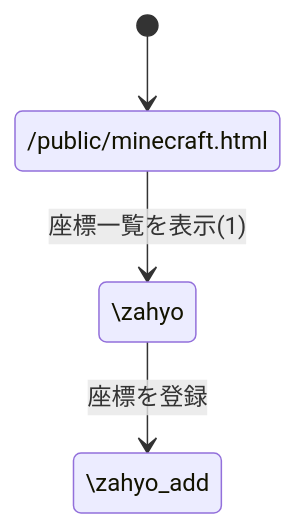
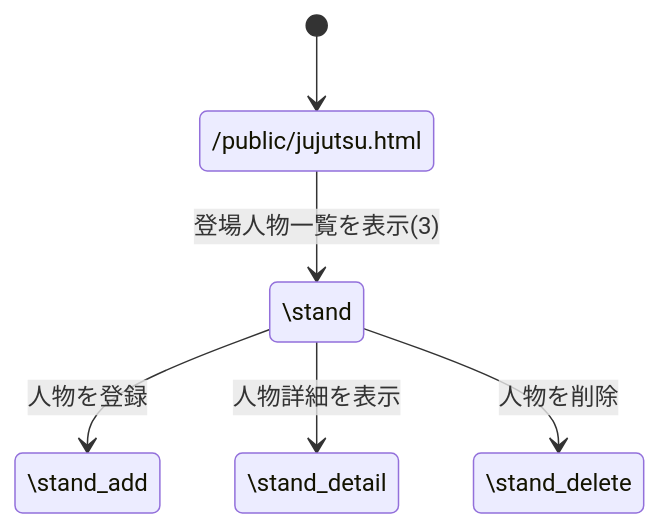
Before and after one commit to Riarumogura/webpro_06: the third of 3 diagrams in report.md, drawn with Mermaid. The commit also changed other lines of this file and 5 other files, not shown here.

````diff
--- a/report.md
+++ b/report.md
@@ -27,8 +63,12 @@
 ```mermaid
 stateDiagram-v2
-[*] --> /public/minecraft.html
+[*] --> /public/jujutsu.html
 
-/public/minecraft.html --> \zahyo: 座標一覧を表示(1)
+/public/jujutsu.html --> \stand: 登場人物一覧を表示(3)
 
-\zahyo --> \zahyo_add: 座標を登録
+\stand --> \stand_add: 人物を登録
+
+\stand --> \stand_detail: 人物詳細を表示
+
+\stand --> \stand_delete: 人物を削除
 ```
````
